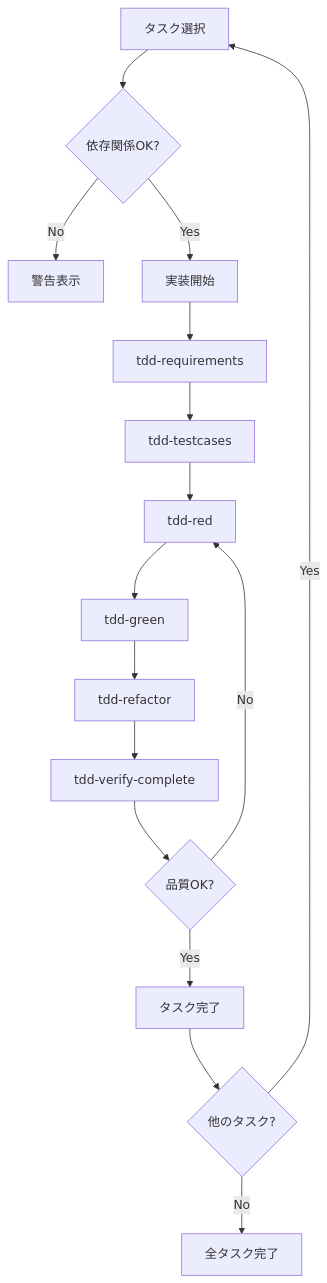
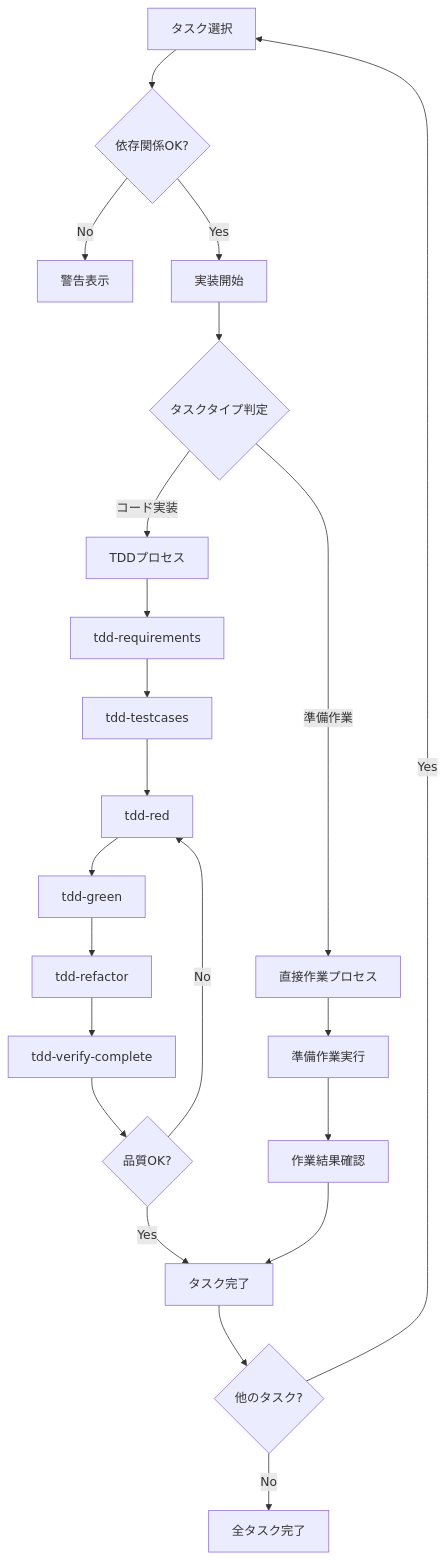
One commit to tanabe1478/tsumiki changed the diagram in commands/kairo-implement.md. Above: the diagram before and after it, drawn with Mermaid. The commit also changed other lines of this file and 18 other files, not shown here.

````diff
--- a/commands/kairo-implement.md
+++ b/commands/kairo-implement.md
@@ -61,18 +81,27 @@
 ```mermaid
 flowchart TD
     A[タスク選択] --> B{依存関係OK?}
     B -->|No| C[警告表示]
     B -->|Yes| D[実装開始]
-    D --> E[tdd-requirements]
-    E --> F[tdd-testcases]
-    F --> G[tdd-red]
-    G --> H[tdd-green]
-    H --> I[tdd-refactor]
-    I --> J[tdd-verify-complete]
-    J --> K{品質OK?}
-    K -->|No| G
-    K -->|Yes| L[タスク完了]
-    L --> M{他のタスク?}
-    M -->|Yes| A
-    M -->|No| N[全タスク完了]
+    D --> E{タスクタイプ判定}
+    E -->|コード実装| F[TDDプロセス]
+    E -->|準備作業| G[直接作業プロセス]
+
+    F --> F1[tdd-requirements]
+    F1 --> F2[tdd-testcases]
+    F2 --> F3[tdd-red]
+    F3 --> F4[tdd-green]
+    F4 --> F5[tdd-refactor]
+    F5 --> F6[tdd-verify-complete]
+    F6 --> F7{品質OK?}
+    F7 -->|No| F3
+    F7 -->|Yes| H[タスク完了]
+
+    G --> G1[準備作業実行]
+    G1 --> G2[作業結果確認]
+    G2 --> H
+
+    H --> I{他のタスク?}
+    I -->|Yes| A
+    I -->|No| J[全タスク完了]
 ```
````
